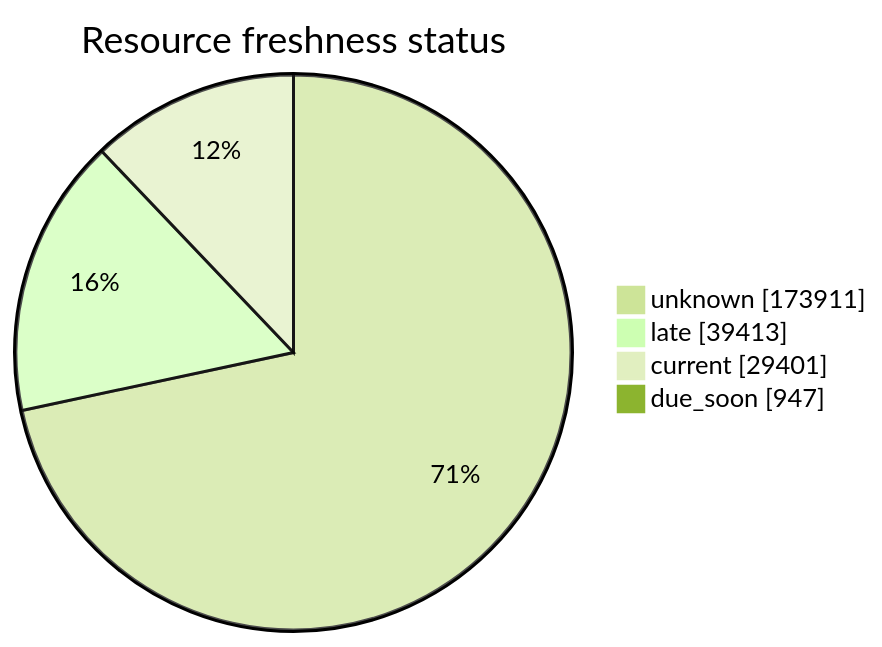
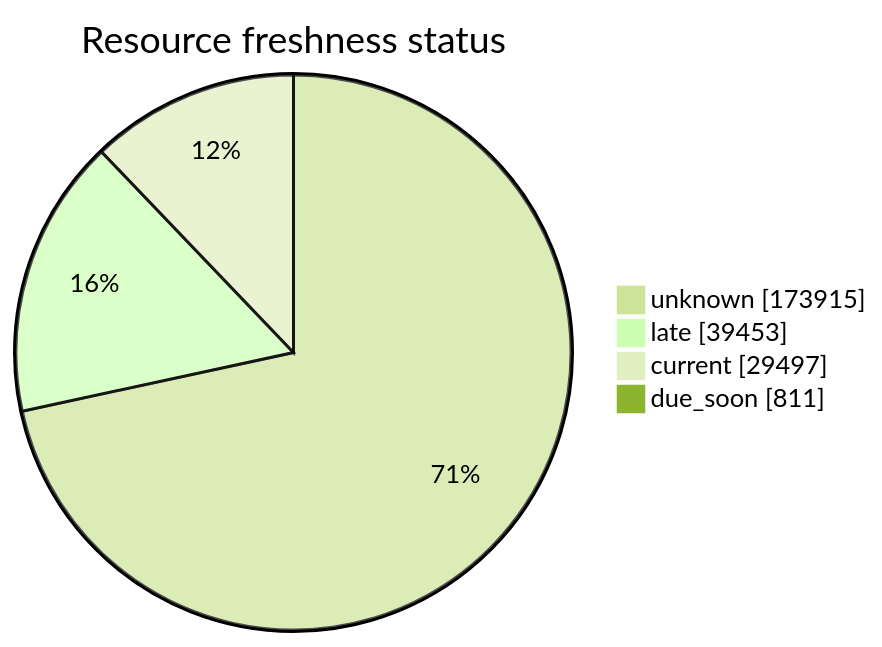
Before and after one commit to open-data/analytics-corporate-reporting: the third of 5 diagrams in FreshCheck/README.md, drawn with Mermaid (forest theme). The commit also changed other lines of this file and 3 other files, not shown here.

````diff
--- a/FreshCheck/README.md
+++ b/FreshCheck/README.md
@@ -77,7 +77,7 @@
 ```mermaid
 pie showData title Resource freshness status
-    "unknown": 173911
-    "late": 39413
-    "current": 29401
-    "due_soon": 947
+    "unknown": 173915
+    "late": 39453
+    "current": 29497
+    "due_soon": 811
 ```
````
